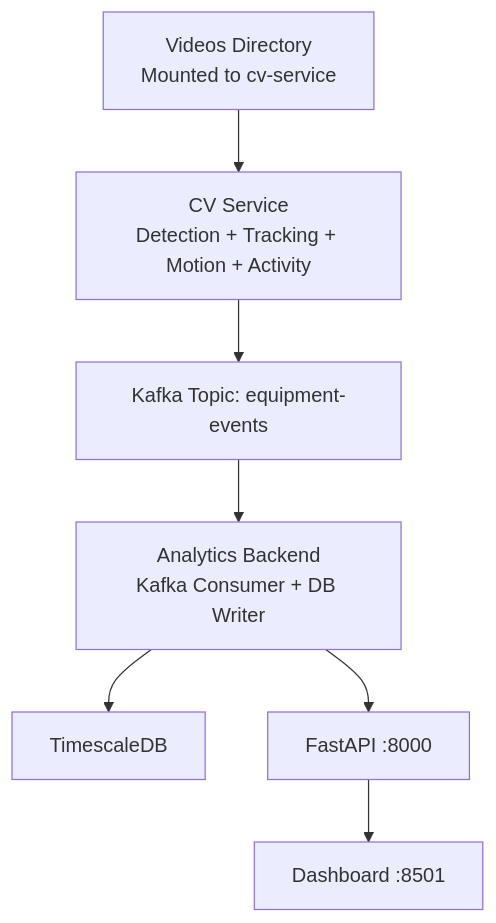
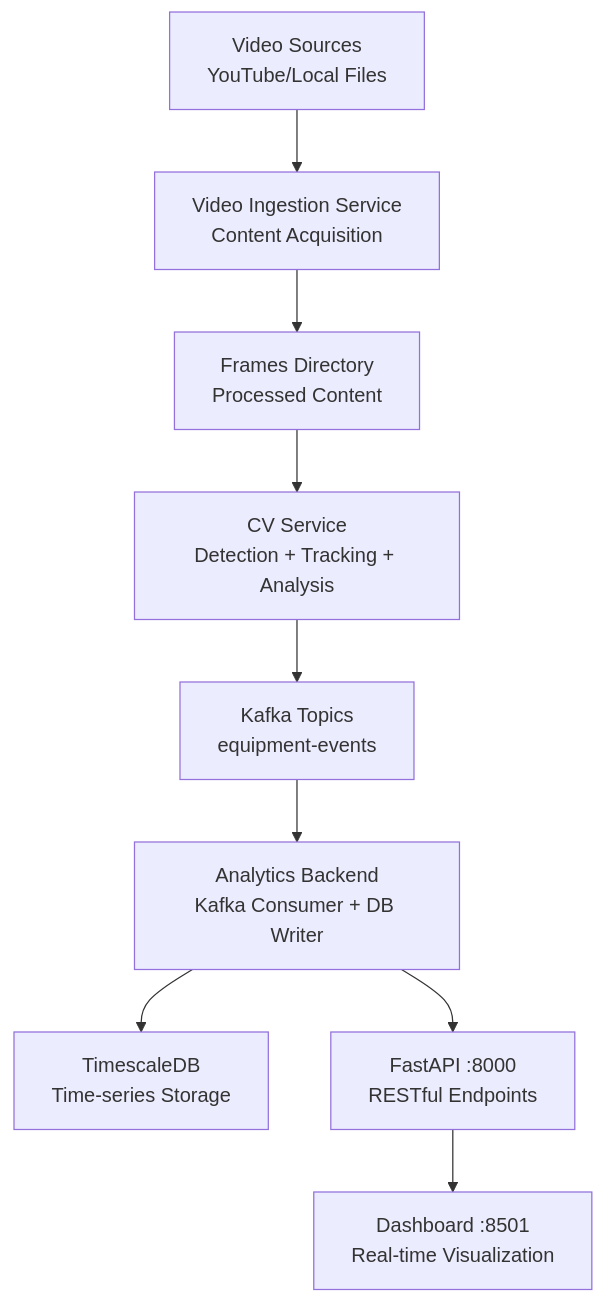
One commit to Azzoz-189/construction-equipment-monitoring changed the second of 3 diagrams in .qoder/repowiki/en/content/Deployment Guide.md. Above: the diagram before and after it, drawn with Mermaid. The commit also changed other lines of this file and 6 other files, not shown here.

````diff
--- a/.qoder/repowiki/en/content/Deployment Guide.md
+++ b/.qoder/repowiki/en/content/Deployment Guide.md
@@ -114,9 +158,11 @@
 ```mermaid
 graph TB
-A["Videos Directory<br/>Mounted to cv-service"] --> B["CV Service<br/>Detection + Tracking + Motion + Activity"]
-B --> C["Kafka Topic: equipment-events"]
-C --> D["Analytics Backend<br/>Kafka Consumer + DB Writer"]
-D --> E["TimescaleDB"]
-D --> F["FastAPI :8000"]
-F --> G["Dashboard :8501"]
+A["Video Sources<br/>YouTube/Local Files"] --> B["Video Ingestion Service<br/>Content Acquisition"]
+B --> C["Frames Directory<br/>Processed Content"]
+C --> D["CV Service<br/>Detection + Tracking + Analysis"]
+D --> E["Kafka Topics<br/>equipment-events"]
+E --> F["Analytics Backend<br/>Kafka Consumer + DB Writer"]
+F --> G["TimescaleDB<br/>Time-series Storage"]
+F --> H["FastAPI :8000<br/>RESTful Endpoints"]
+H --> I["Dashboard :8501<br/>Real-time Visualization"]
 ```
````
